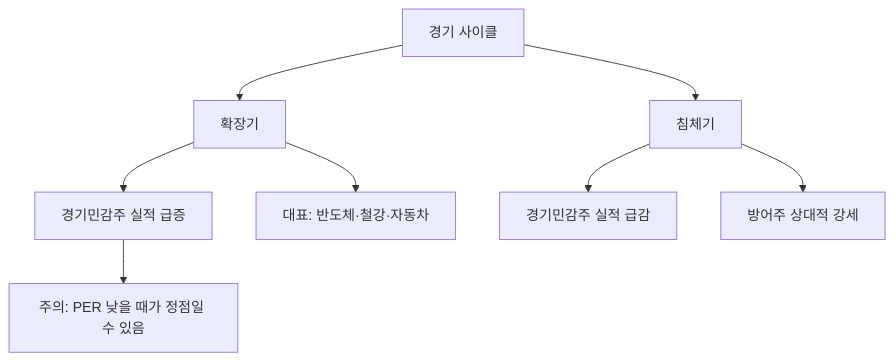
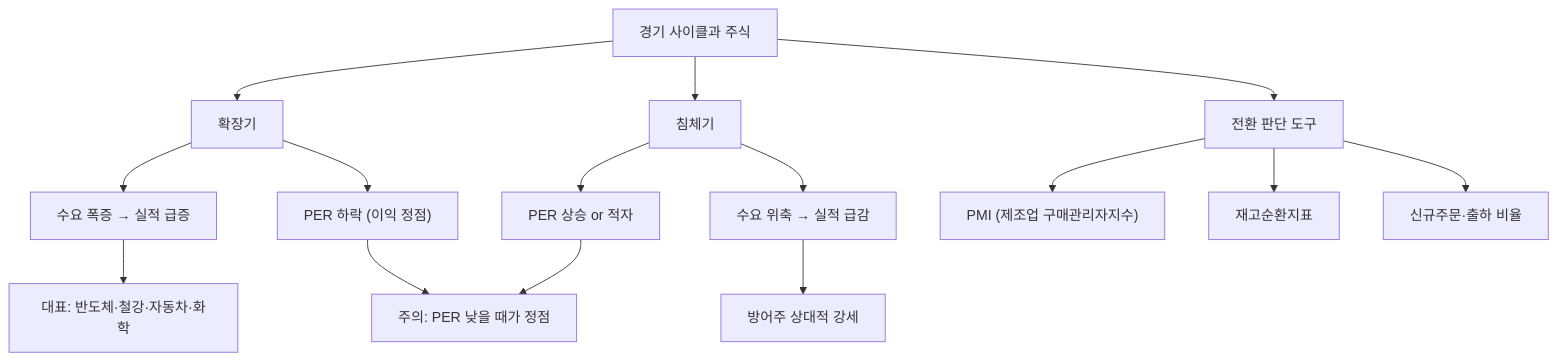
Before and after one commit to yeongseon/stock-visual-note: the diagram in content/stock-terms/ko/level-09-strategy-risk/cyclical-stock.md, drawn with Mermaid. The commit also changed other lines of this file and 9 other files, not shown here.

Commit message:
content: rewrite level-09 (10 articles) — richer diagrams, realistic scenarios, blog tone

````diff
--- a/content/stock-terms/ko/level-09-strategy-risk/cyclical-stock.md
+++ b/content/stock-terms/ko/level-09-strategy-risk/cyclical-stock.md
@@ -42,11 +43,18 @@
 ```mermaid
 graph TD
-    A["경기 사이클"]
+    A["경기 사이클과 주식"]
     A --> B["확장기"]
     A --> C["침체기"]
-    B --> B1["경기민감주 실적 급증"]
-    B --> B2["대표: 반도체·철강·자동차"]
-    C --> C1["경기민감주 실적 급감"]
-    C --> C2["방어주 상대적 강세"]
-    B1 --> D["주의: PER 낮을 때가 정점일 수 있음"]
+    A --> D["전환 판단 도구"]
+    B --> B1["수요 폭증 → 실적 급증"]
+    B --> B2["PER 하락 (이익 정점)"]
+    B1 --> B3["대표: 반도체·철강·자동차·화학"]
+    C --> C1["수요 위축 → 실적 급감"]
+    C --> C2["PER 상승 or 적자"]
+    C1 --> C3["방어주 상대적 강세"]
+    D --> D1["PMI (제조업 구매관리자지수)"]
+    D --> D2["재고순환지표"]
+    D --> D3["신규주문·출하 비율"]
+    B2 --> E["주의: PER 낮을 때가 정점"]
+    C2 --> E
 ```
````
